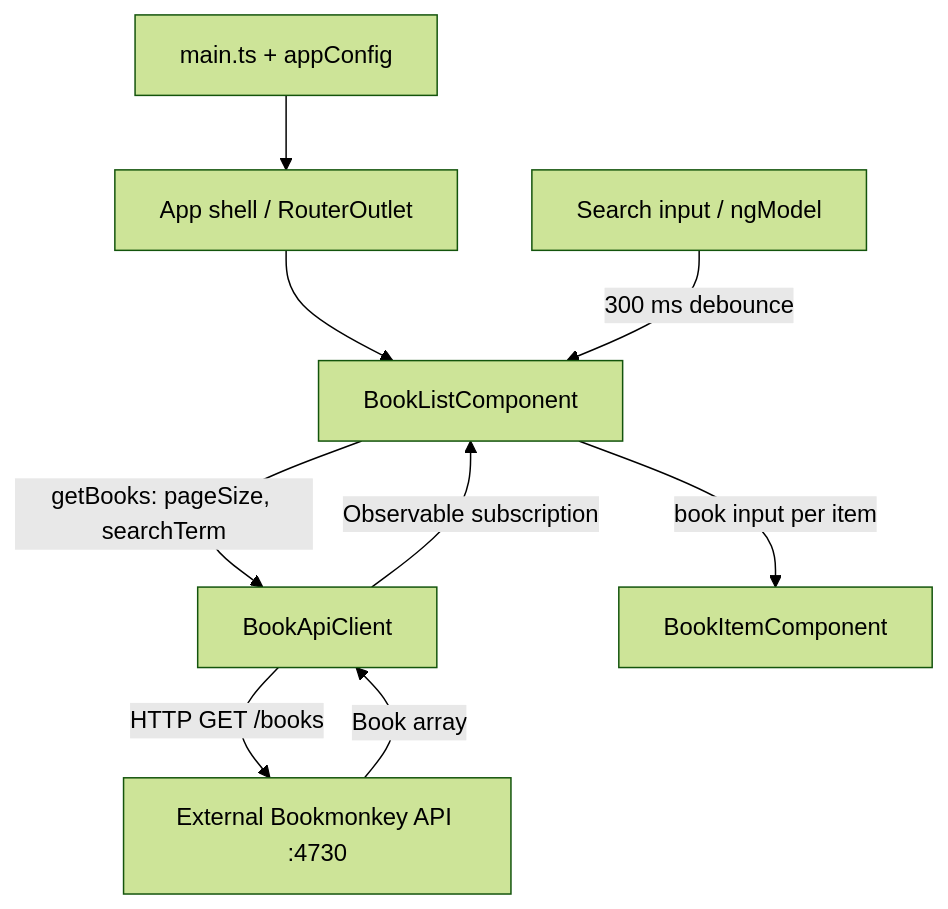
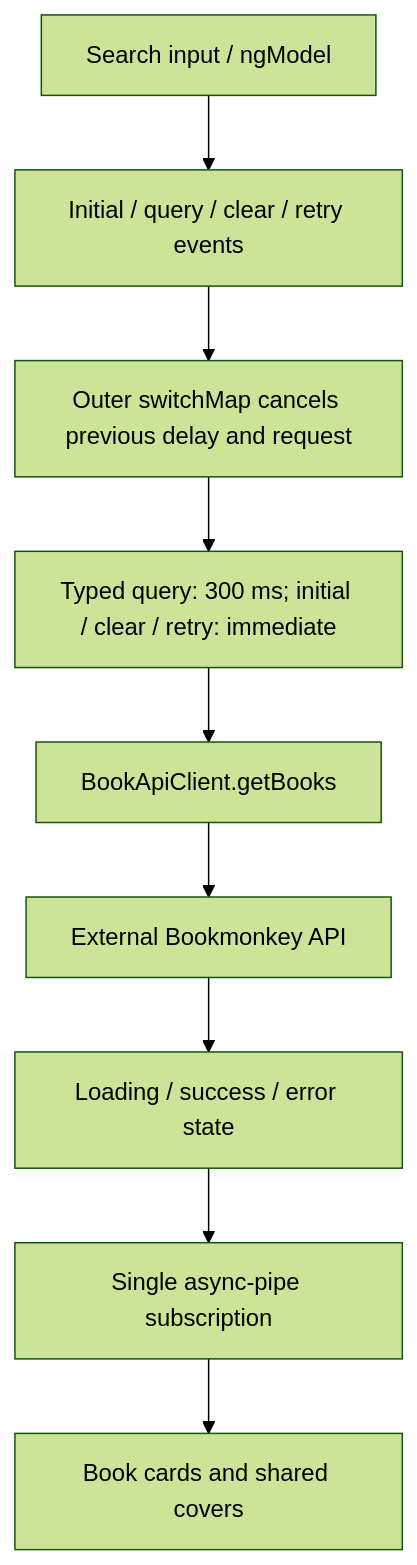
The diagram in ARCHITECTURE.md (lopitz97/ki-software-engineer), drawn with Mermaid (forest theme) before and after one commit. The commit also changed other lines of this file and 30 other files, not shown here.

````diff
--- a/ARCHITECTURE.md
+++ b/ARCHITECTURE.md
@@ -64,11 +67,11 @@
 ```mermaid
 flowchart TD
-    Bootstrap[main.ts + appConfig] --> App[App shell / RouterOutlet]
-    App --> List[BookListComponent]
-    Search[Search input / ngModel] -->|300 ms debounce| List
-    List -->|getBooks: pageSize, searchTerm| Client[BookApiClient]
-    Client -->|HTTP GET /books| API[External Bookmonkey API :4730]
-    API -->|Book array| Client
-    Client -->|Observable subscription| List
-    List -->|book input per item| Item[BookItemComponent]
+    Input[Search input / ngModel] --> Events[Initial / query / clear / retry events]
+    Events --> Switch[Outer switchMap cancels previous delay and request]
+    Switch --> Delay[Typed query: 300 ms; initial / clear / retry: immediate]
+    Delay --> Client[BookApiClient.getBooks]
+    Client --> API[External Bookmonkey API]
+    API --> State[Loading / success / error state]
+    State --> Async[Single async-pipe subscription]
+    Async --> Cards[Book cards and shared covers]
 ```
````
